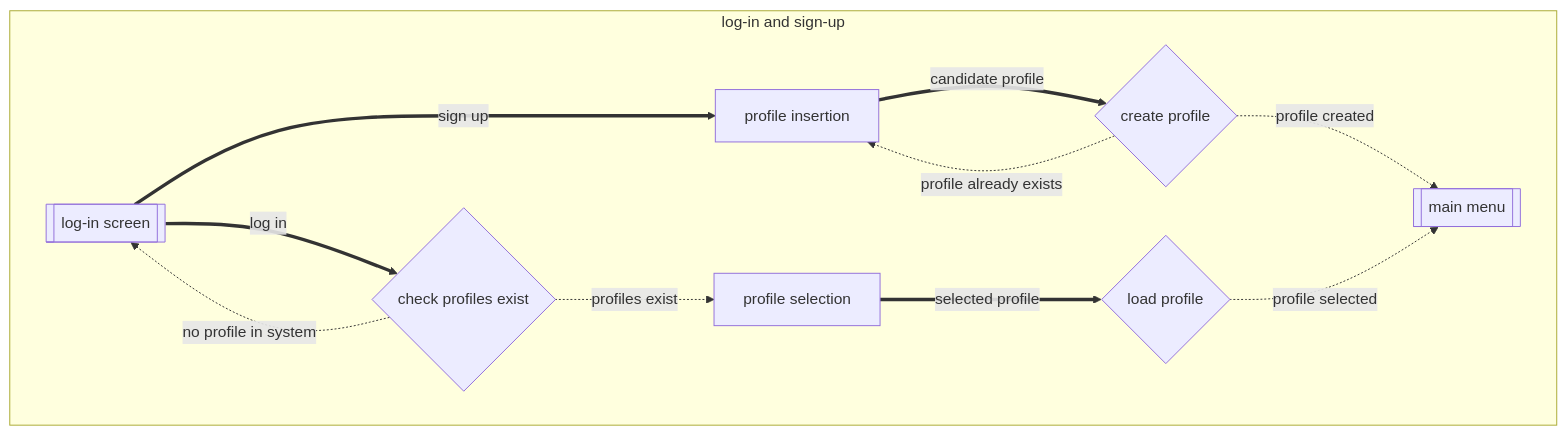
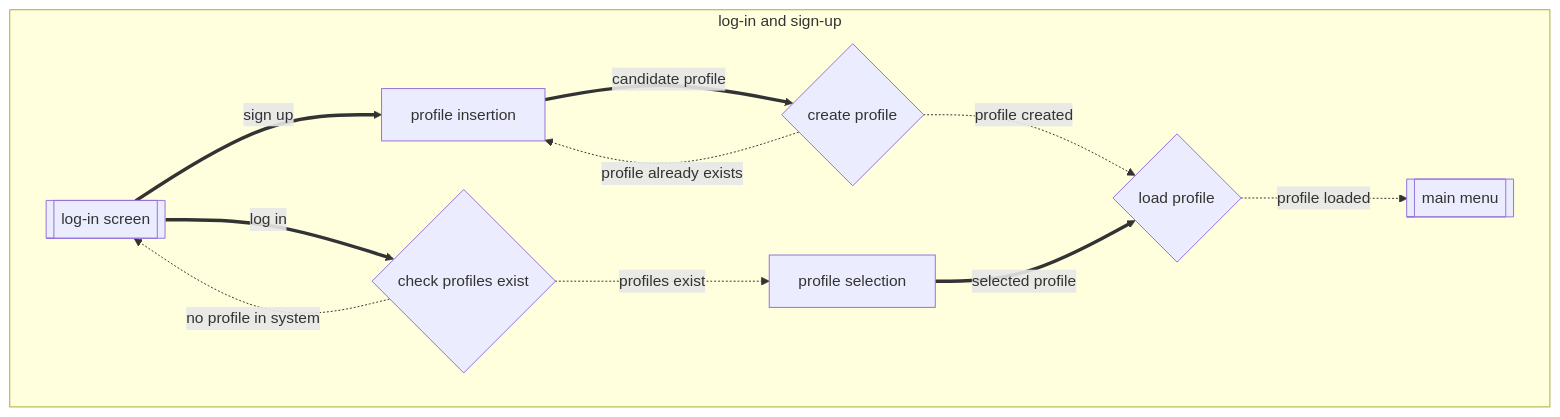
The second of 8 diagrams in README.md (NarekVeranyan05/franklin-runs), drawn with Mermaid before and after one commit. The commit also changed other lines of this file, not shown here.

First line of the commit message:
Revise README with new features and diagrams

````diff
--- a/README.md
+++ b/README.md
@@ -46,36 +69,36 @@
 ```mermaid
 flowchart
     subgraph log-in and sign-up 
         login[[log-in screen]]
         login == sign up ==> profileInsertion
         login == log in ==> checkExistence
         
         %% signup        
         profileInsertion[profile insertion]
         
         profileInsertion == candidate profile ==> createProfile
         
         createProfile{create profile}
         
         createProfile -. profile already exists .-> profileInsertion
         
-        createProfile -. profile created .-> mainMenu
+        createProfile -. profile created .-> loadProfile
         
         %% login
         checkExistence{check profiles exist}
         
         checkExistence -. no profile in system .-> login
         
         checkExistence -. profiles exist .-> profileSelection
         
         profileSelection[profile selection]
         
         profileSelection == selected profile ==> loadProfile
 
         loadProfile{load profile}
         
-        loadProfile -. profile selected .-> mainMenu
+        loadProfile -. profile loaded .-> mainMenu
        
         mainMenu[[main menu]]
     end
 ```
````
